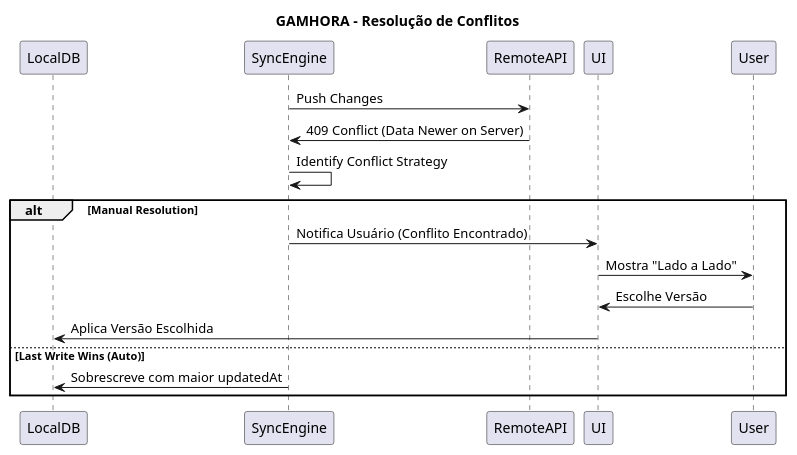
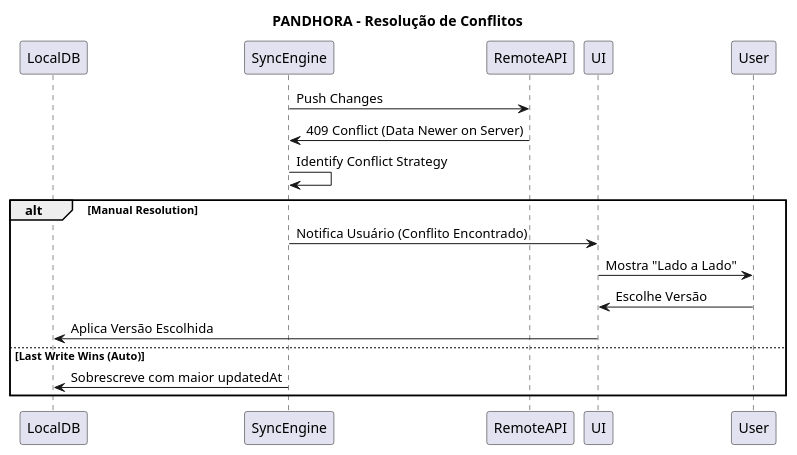
The diagram in docs/srs/diagrams/puml/flow/diagram-flow-006-sync-conflict.puml (Gustavohps10/gamhora), drawn with PlantUML before and after one commit. The commit also changed 317 other files, not shown here.

```diff
--- a/docs/srs/diagrams/puml/flow/diagram-flow-006-sync-conflict.puml
+++ b/docs/srs/diagrams/puml/flow/diagram-flow-006-sync-conflict.puml
@@ -1,18 +1,18 @@
 @startuml SyncConflict
-title GAMHORA - Resolução de Conflitos
+title PANDHORA - Resolução de Conflitos
 participant LocalDB
 participant SyncEngine
 participant RemoteAPI
 
 SyncEngine -> RemoteAPI: Push Changes
 RemoteAPI -> SyncEngine: 409 Conflict (Data Newer on Server)
 SyncEngine -> SyncEngine: Identify Conflict Strategy
 alt Manual Resolution
     SyncEngine -> UI: Notifica Usuário (Conflito Encontrado)
     UI -> User: Mostra "Lado a Lado"
     User -> UI: Escolhe Versão
     UI -> LocalDB: Aplica Versão Escolhida
 else Last Write Wins (Auto)
     SyncEngine -> LocalDB: Sobrescreve com maior updatedAt
 end
 @enduml
```
